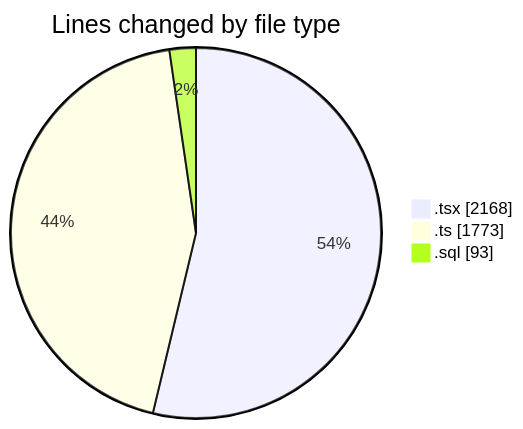
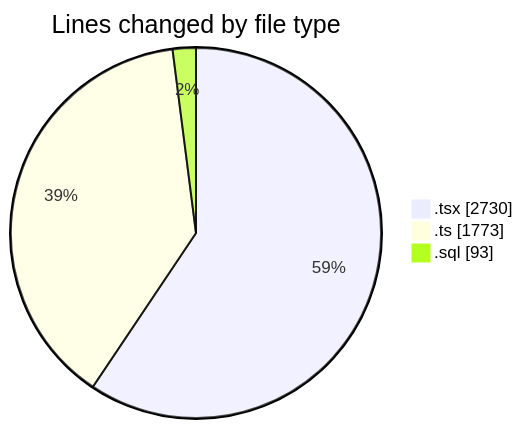
One commit to lephambinh05/code-tracking changed the first of 2 diagrams in 2025-09-05/hiai-phf/README.md. Above: the diagram before and after it, drawn with Mermaid. The commit also changed other lines of this file and 1 other file, not shown here.

````diff
--- a/2025-09-05/hiai-phf/README.md
+++ b/2025-09-05/hiai-phf/README.md
@@ -56,7 +62,7 @@
 ```mermaid
 pie showData
 title Lines changed by file type
-".tsx" : 2168
+".tsx" : 2730
 ".ts" : 1773
 ".sql" : 93
 ```
````
